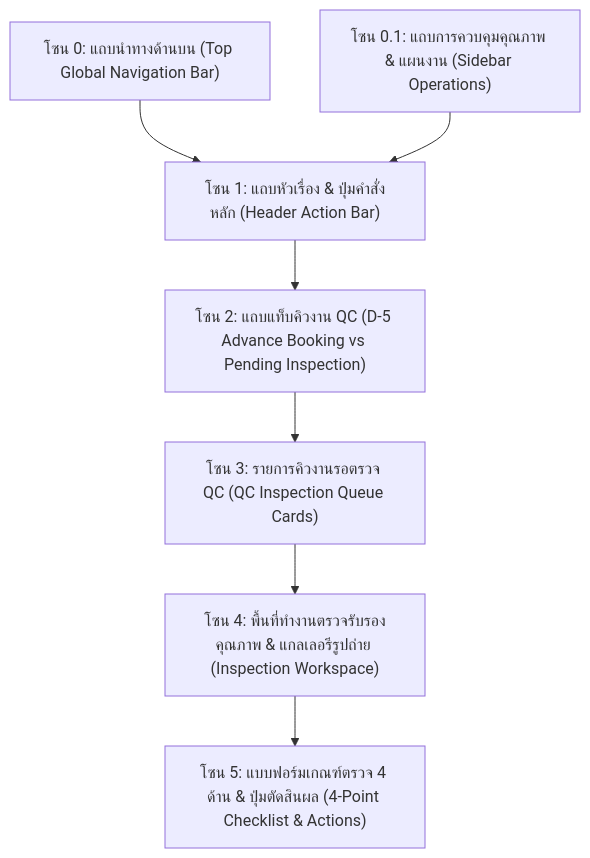
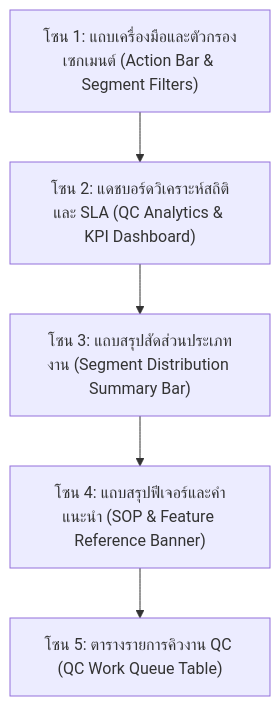
The first of 4 diagrams in doc/คู่มือการใช้งาน_Step6_ตรวจรับรองคุณภาพQC.md (isarachootip/pmt_flow), drawn with Mermaid before and after one commit. The commit also changed other lines of this file and 3 other files, not shown here.

````diff
--- a/doc/คู่มือการใช้งาน_Step6_ตรวจรับรองคุณภาพQC.md
+++ b/doc/คู่มือการใช้งาน_Step6_ตรวจรับรองคุณภาพQC.md
@@ -28,17 +29,13 @@
 ```mermaid
 graph TD
-    Z0["โซน 0: แถบนำทางด้านบน (Top Global Navigation Bar)"]
-    Z01["โซน 0.1: แถบการควบคุมคุณภาพ & แผนงาน (Sidebar Operations)"]
-    Z1["โซน 1: แถบหัวเรื่อง & ปุ่มคำสั่งหลัก (Header Action Bar)"]
-    Z2["โซน 2: แถบแท็บคิวงาน QC (D-5 Advance Booking vs Pending Inspection)"]
-    Z3["โซน 3: รายการคิวงานรอตรวจ QC (QC Inspection Queue Cards)"]
-    Z4["โซน 4: พื้นที่ทำงานตรวจรับรองคุณภาพ & แกลเลอรีรูปถ่าย (Inspection Workspace)"]
-    Z5["โซน 5: แบบฟอร์มเกณฑ์ตรวจ 4 ด้าน & ปุ่มตัดสินผล (4-Point Checklist & Actions)"]
+    Z1["โซน 1: แถบเครื่องมือและตัวกรองเซกเมนต์ (Action Bar & Segment Filters)"]
+    Z2["โซน 2: แดชบอร์ดวิเคราะห์สถิติและ SLA (QC Analytics & KPI Dashboard)"]
+    Z3["โซน 3: แถบสรุปสัดส่วนประเภทงาน (Segment Distribution Summary Bar)"]
+    Z4["โซน 4: แถบสรุปฟีเจอร์และคำแนะนำ (SOP & Feature Reference Banner)"]
+    Z5["โซน 5: ตารางรายการคิวงาน QC (QC Work Queue Table)"]
 
-    Z0 --> Z1
-    Z01 --> Z1
     Z1 --> Z2
     Z2 --> Z3
     Z3 --> Z4
     Z4 --> Z5
 ```
````
